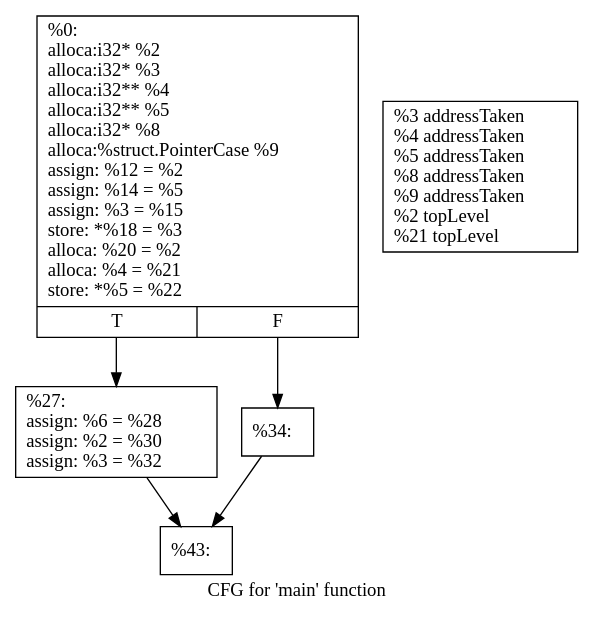
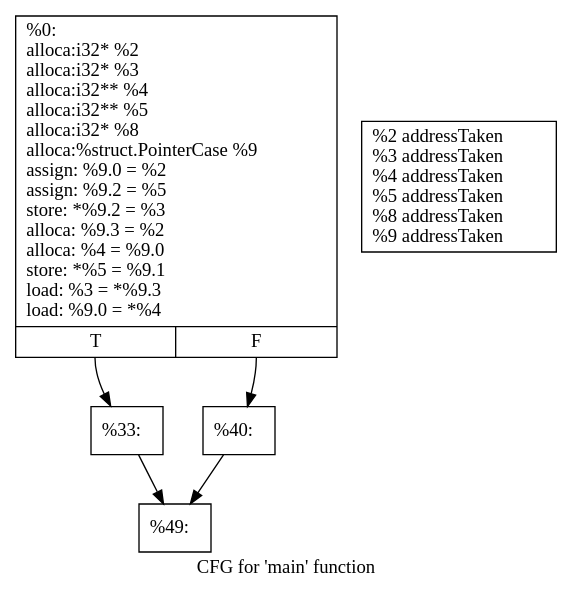
The diagram in cfg.zyy.Case4maintest.dot (zyy0721/Ouroboros-Project), drawn with Graphviz before and after one commit. The commit also changed 8 other files, not shown here.

Commit message:
add case of struct object and function type

```diff
--- a/cfg.zyy.Case4maintest.dot
+++ b/cfg.zyy.Case4maintest.dot
@@ -1,12 +1,12 @@
 digraph "CFG for 'main' function" {
 	label="CFG for 'main' function";
 
-	Node0x41e90b0 [shape=record,label="{%0:\l alloca:i32* %2\l alloca:i32* %3\l alloca:i32** %4\l alloca:i32** %5\l alloca:i32* %8\l alloca:%struct.PointerCase %9\l assign: %12 = %2\l assign: %14 = %5\l assign: %3 = %15\l store: *%18 = %3\l alloca: %20 = %2\l alloca: %4 = %21\l store: *%5 = %22\l |{<s0>T|<s1>F}}"];
-	Node0x41e90b0:s0 -> Node0x41e9920;
-	Node0x41e90b0:s1 -> Node0x41eafd0;
-	Node0x41e9920 [shape=record,label="{%27:\l assign: %6 = %28\l assign: %2 = %30\l assign: %3 = %32\l }"];
-	Node0x41e9920 -> Node0x41eb700;
-	Node0x41eafd0 [shape=record,label="{%34:\l }"];
-	Node0x41eafd0 -> Node0x41eb700;
-	Node0x41eb700 [shape=record,label="{%43:\l }"];
-Node1 [shape=record,label="{%3 addressTaken\l %4 addressTaken\l %5 addressTaken\l %8 addressTaken\l %9 addressTaken\l %2 topLevel\l %21 topLevel\l }"];}
+	Node0x36a4240 [shape=record,label="{%0:\l alloca:i32* %2\l alloca:i32* %3\l alloca:i32** %4\l alloca:i32** %5\l alloca:i32* %8\l alloca:%struct.PointerCase %9\l assign: %9.0 = %2\l assign: %9.2 = %5\l store: *%9.2 = %3\l alloca: %9.3 = %2\l alloca: %4 = %9.0\l store: *%5 = %9.1\l load: %3 = *%9.3\l load: %9.0 = *%4\l |{<s0>T|<s1>F}}"];
+	Node0x36a4240:s0 -> Node0x36a4ab0;
+	Node0x36a4240:s1 -> Node0x36a5950;
+	Node0x36a4ab0 [shape=record,label="{%33:\l }"];
+	Node0x36a4ab0 -> Node0x36a6c60;
+	Node0x36a5950 [shape=record,label="{%40:\l }"];
+	Node0x36a5950 -> Node0x36a6c60;
+	Node0x36a6c60 [shape=record,label="{%49:\l }"];
+Node1 [shape=record,label="{%2 addressTaken\l %3 addressTaken\l %4 addressTaken\l %5 addressTaken\l %8 addressTaken\l %9 addressTaken\l }"];}
```
